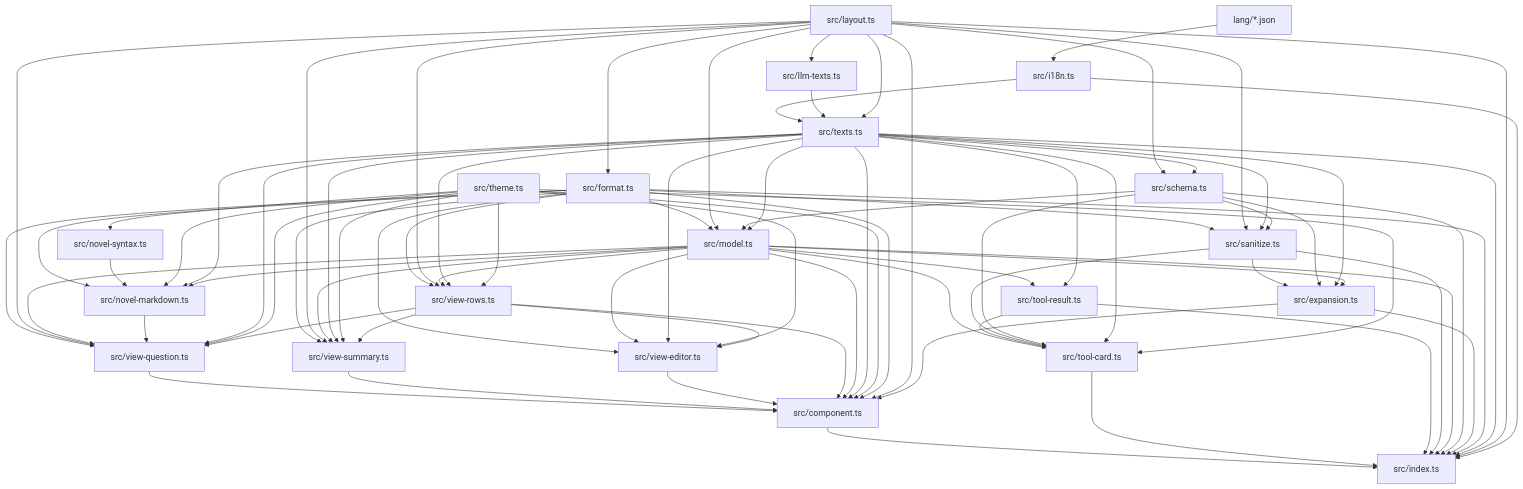
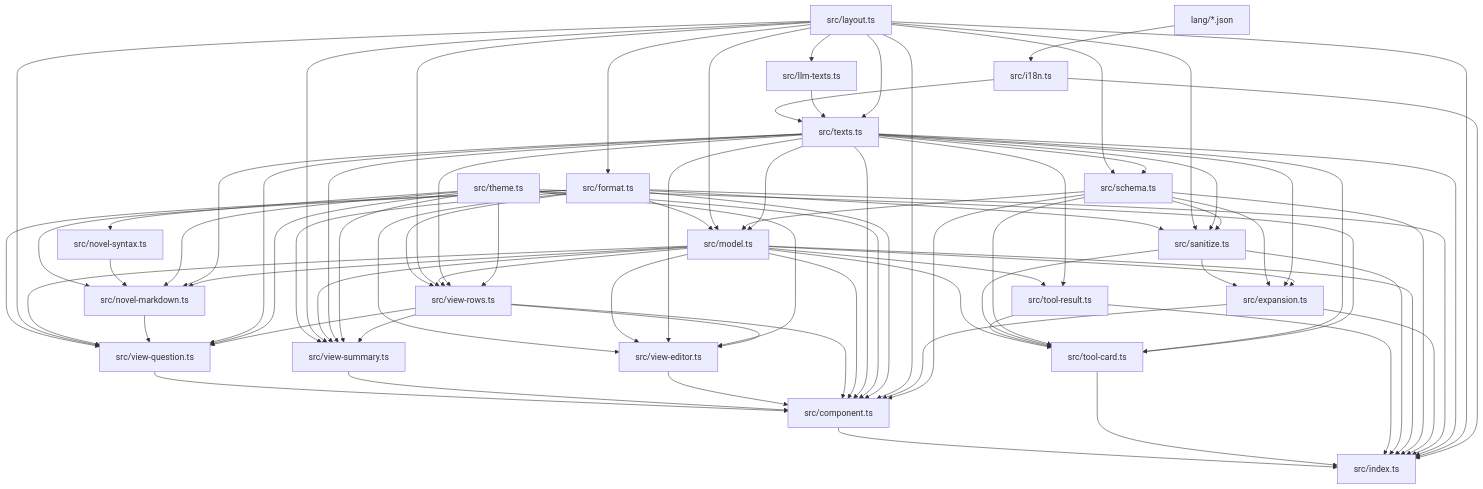
Before and after one commit to sendevia/pi-ask-author: the diagram in AGENTS.md, drawn with Mermaid. The commit also changed other lines of this file, not shown here.

````diff
--- a/AGENTS.md
+++ b/AGENTS.md
@@ -107,81 +107,82 @@
 ```mermaid
 graph TD
     lang["lang/*.json"] --> i18n["src/i18n.ts"]
     layout["src/layout.ts"] --> llm["src/llm-texts.ts"]
     i18n --> texts["src/texts.ts"]
     llm --> texts
     layout --> texts
     theme["src/theme.ts"] --> novelSyntax["src/novel-syntax.ts"]
     layout --> format["src/format.ts"]
     format --> sanitize["src/sanitize.ts"]
     layout --> sanitize
     texts --> sanitize
     layout --> schema["src/schema.ts"]
     texts --> schema
     schema --> sanitize
     format --> model["src/model.ts"]
     layout --> model
     schema --> model
     texts --> model
     sanitize --> expansion["src/expansion.ts"]
     schema --> expansion
     texts --> expansion
     model --> expansion
     format --> novelMarkdown["src/novel-markdown.ts"]
     novelSyntax --> novelMarkdown
     theme --> novelMarkdown
     texts --> novelMarkdown
     model --> novelMarkdown
     format --> viewRows["src/view-rows.ts"]
     layout --> viewRows
     model --> viewRows
     texts --> viewRows
     theme --> viewRows
     format --> viewSummary["src/view-summary.ts"]
     layout --> viewSummary
     model --> viewSummary
     texts --> viewSummary
     theme --> viewSummary
     viewRows --> viewSummary
     format --> viewQuestion["src/view-question.ts"]
     layout --> viewQuestion
     model --> viewQuestion
     novelMarkdown --> viewQuestion
     texts --> viewQuestion
     theme --> viewQuestion
     viewRows --> viewQuestion
     format --> viewEditor["src/view-editor.ts"]
     model --> viewEditor
     texts --> viewEditor
     theme --> viewEditor
     viewRows --> viewEditor
     viewQuestion --> component["src/component.ts"]
     viewSummary --> component
     viewEditor --> component
     viewRows --> component
     model --> component
     texts --> component
     theme --> component
     format --> component
     layout --> component
     expansion --> component
+    schema --> component
     model --> toolResult["src/tool-result.ts"]
     model --> toolCard["src/tool-card.ts"]
     texts --> toolResult
     toolResult --> toolCard["src/tool-card.ts"]
     sanitize --> toolCard
     schema --> toolCard
     texts --> toolCard
     theme --> toolCard
     component --> index["src/index.ts"]
     toolCard --> index
     toolResult --> index
     sanitize --> index
     model --> index
     schema --> index
     expansion --> index
     format --> index
     texts --> index
     layout --> index
     i18n --> index
 ```
````
